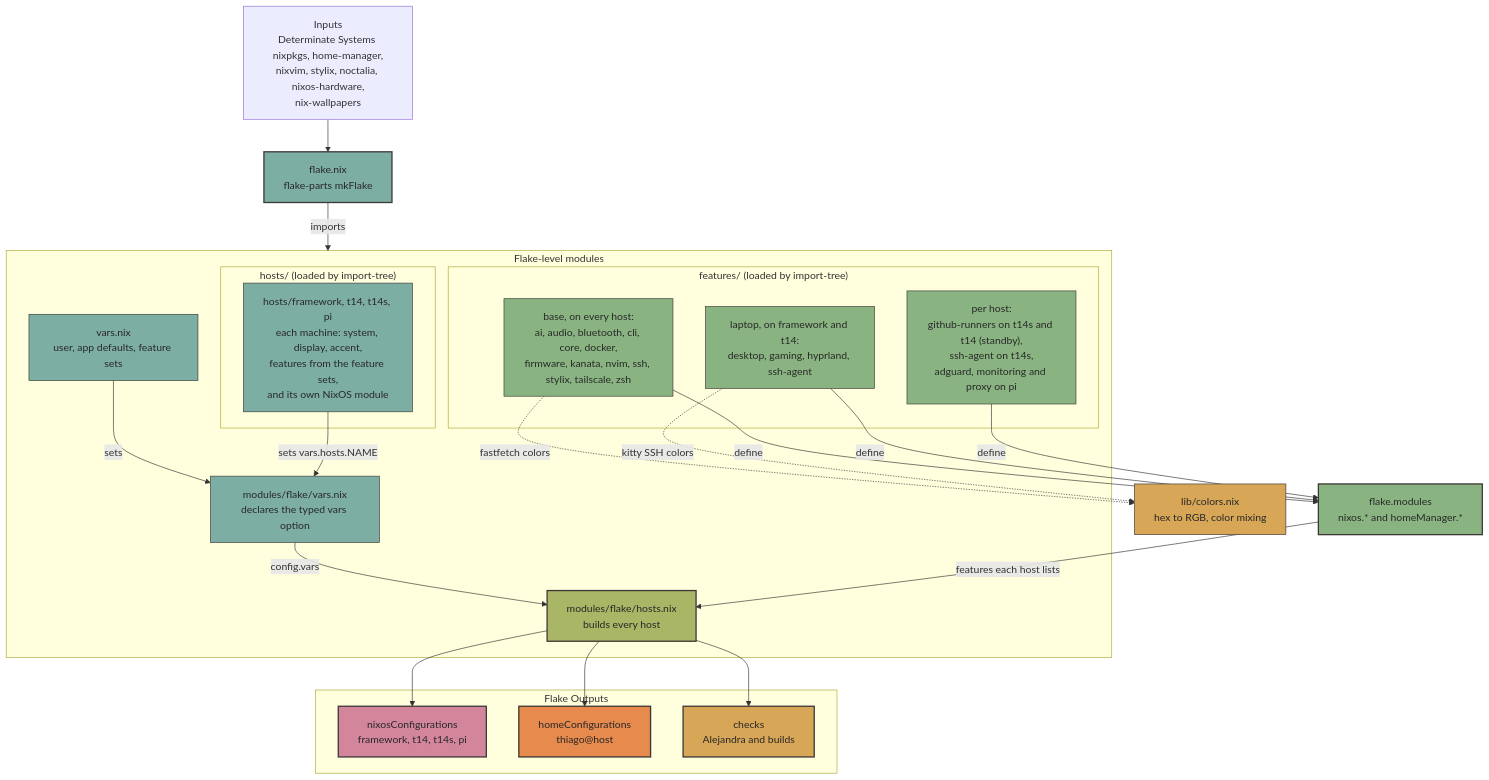
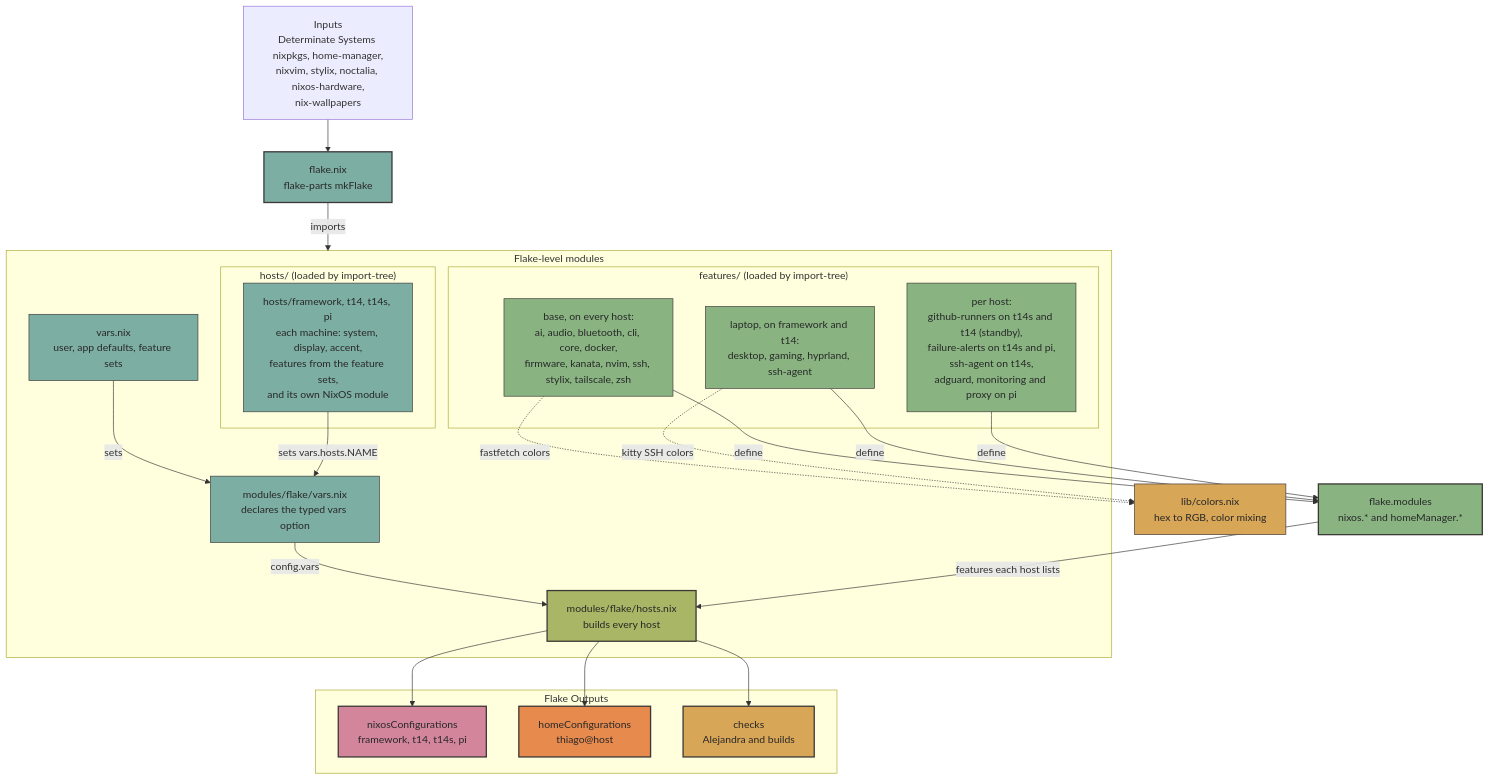
One commit to thiagokimo/nix-config changed the diagram in README.md. Above: the diagram before and after it, drawn with Mermaid. The commit also changed other lines of this file, not shown here.

Commit message:
Documents failed service alerts in the README

````diff
--- a/README.md
+++ b/README.md
@@ -85,58 +85,58 @@
 ```mermaid
 graph TD
     Inputs["Inputs<br/>Determinate Systems nixpkgs, home-manager,<br/>nixvim, stylix, noctalia, nixos-hardware,<br/>nix-wallpapers"] --> Flake
     Flake["flake.nix<br/>flake-parts mkFlake"]
 
     subgraph FlakeLevel ["Flake-level modules"]
         VarsOpt["modules/flake/vars.nix<br/>declares the typed vars option"]
         Vars["vars.nix<br/>user, app defaults, feature sets"]
         subgraph Features ["features/ (loaded by import-tree)"]
             BaseF["base, on every host:<br/>ai, audio, bluetooth, cli, core, docker,<br/>firmware, kanata, nvim, ssh, stylix, tailscale, zsh"]
             LaptopF["laptop, on framework and t14:<br/>desktop, gaming, hyprland, ssh-agent"]
-            ServerF["per host:<br/>github-runners on t14s and t14 (standby),<br/>ssh-agent on t14s,<br/>adguard, monitoring and proxy on pi"]
+            ServerF["per host:<br/>github-runners on t14s and t14 (standby),<br/>failure-alerts on t14s and pi,<br/>ssh-agent on t14s,<br/>adguard, monitoring and proxy on pi"]
         end
         subgraph Hosts ["hosts/ (loaded by import-tree)"]
             HostFiles["hosts/framework, t14, t14s, pi<br/>each machine: system, display, accent,<br/>features from the feature sets,<br/>and its own NixOS module"]
         end
         HostsMod["modules/flake/hosts.nix<br/>builds every host"]
     end
 
     Flake -->|imports| FlakeLevel
     Vars -->|sets| VarsOpt
     HostFiles -->|sets vars.hosts.NAME| VarsOpt
     BaseF -->|define| FlakeModules
     LaptopF -->|define| FlakeModules
     ServerF -->|define| FlakeModules
     FlakeModules["flake.modules<br/>nixos.* and homeManager.*"]
 
     VarsOpt -->|config.vars| HostsMod
     FlakeModules -->|features each host lists| HostsMod
 
     subgraph Outputs ["Flake Outputs"]
         NixOS["nixosConfigurations<br/>framework, t14, t14s, pi"]
         HomeM["homeConfigurations<br/>thiago@host"]
         Checks["checks<br/>Alejandra and builds"]
     end
 
     HostsMod --> NixOS
     HostsMod --> HomeM
     HostsMod --> Checks
 
     Colors["lib/colors.nix<br/>hex to RGB, color mixing"]
     BaseF -.->|fastfetch colors| Colors
     LaptopF -.->|kitty SSH colors| Colors
 
     style Flake fill:#7daea3,stroke:#3c3836,stroke-width:2px,color:#282828
     style VarsOpt fill:#7daea3,stroke:#3c3836,stroke-width:1px,color:#282828
     style Vars fill:#7daea3,stroke:#3c3836,stroke-width:1px,color:#282828
     style HostFiles fill:#7daea3,stroke:#3c3836,stroke-width:1px,color:#282828
     style BaseF fill:#89b482,stroke:#3c3836,stroke-width:1px,color:#282828
     style LaptopF fill:#89b482,stroke:#3c3836,stroke-width:1px,color:#282828
     style ServerF fill:#89b482,stroke:#3c3836,stroke-width:1px,color:#282828
     style FlakeModules fill:#89b482,stroke:#3c3836,stroke-width:2px,color:#282828
     style HostsMod fill:#a9b665,stroke:#3c3836,stroke-width:2px,color:#282828
     style Colors fill:#d8a657,stroke:#3c3836,stroke-width:1px,color:#282828
     style NixOS fill:#d3869b,stroke:#3c3836,stroke-width:2px,color:#282828
     style HomeM fill:#e78a4e,stroke:#3c3836,stroke-width:2px,color:#282828
     style Checks fill:#d8a657,stroke:#3c3836,stroke-width:2px,color:#282828
 ```
````
